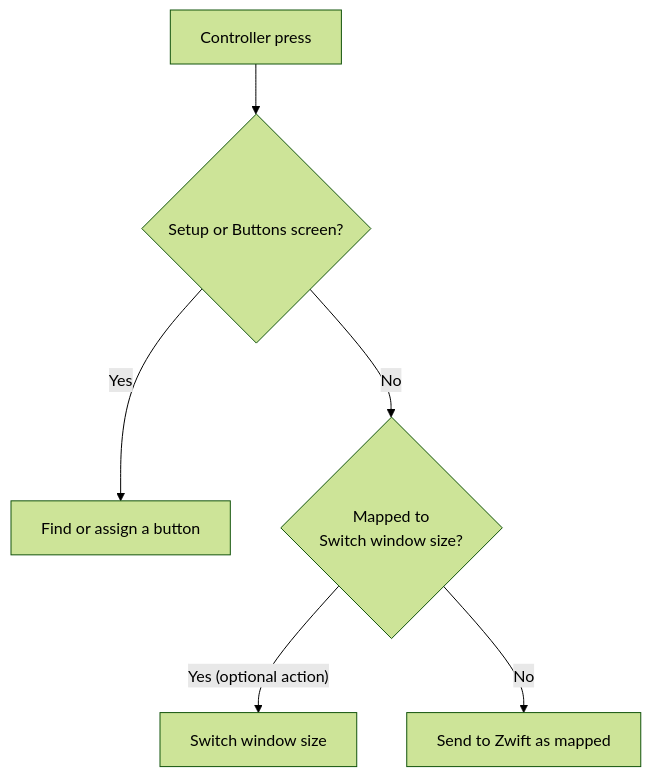
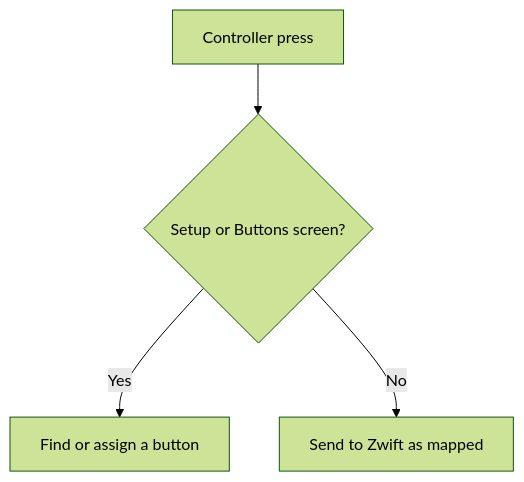
The diagram in docs/spec/ux/controller-input.md (VoltageSolutions/GameControllerForZwift), drawn with Mermaid (forest theme) before and after one commit. The commit also changed other lines of this file and 23 other files, not shown here.

````diff
--- a/docs/spec/ux/controller-input.md
+++ b/docs/spec/ux/controller-input.md
@@ -36,8 +36,6 @@
 ```mermaid
 flowchart TD
     P["Controller press"] --> S{"Setup or Buttons screen?"}
     S -- Yes --> F["Find or assign a button"]
-    S -- No --> W{"Mapped to<br/>Switch window size?"}
-    W -- "Yes (optional action)" --> X["Switch window size"]
-    W -- No --> Z["Send to Zwift as mapped"]
+    S -- No --> Z["Send to Zwift as mapped"]
 ```
````
